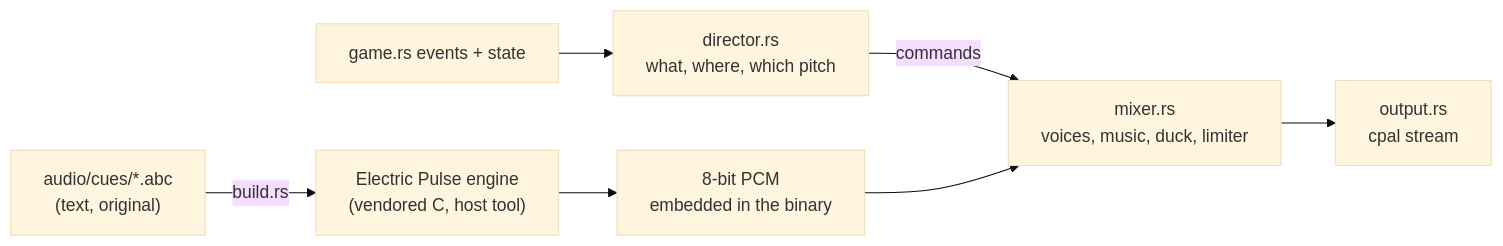
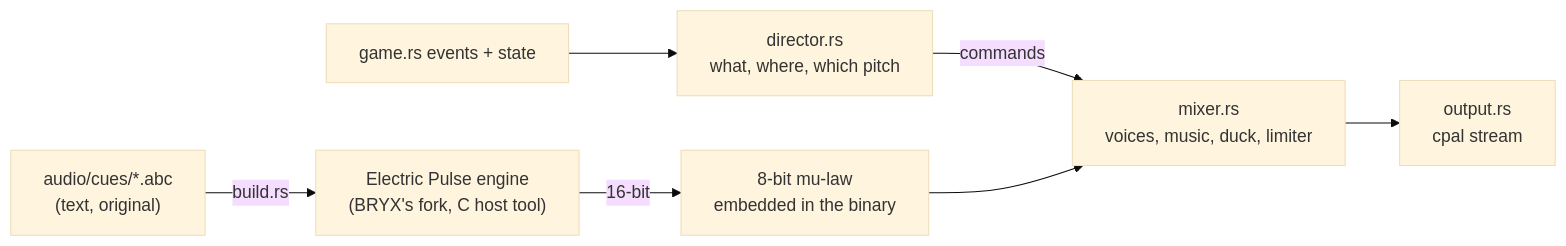
Before and after one commit to chussenot/arkanoid: the diagram in docs/design/audio.md, drawn with Mermaid (base theme). The commit also changed other lines of this file and 60 other files, not shown here.

First line of the commit message:
feat(audio): fork the engine for a 16-bit mix, held notes and real buses

````diff
--- a/docs/design/audio.md
+++ b/docs/design/audio.md
@@ -37,9 +37,9 @@
 ```mermaid
 flowchart LR
-  ABC["audio/cues/*.abc<br/>(text, original)"] -->|build.rs| Tool["Electric Pulse engine<br/>(vendored C, host tool)"]
-  Tool --> PCM["8-bit PCM<br/>embedded in the binary"]
+  ABC["audio/cues/*.abc<br/>(text, original)"] -->|build.rs| Tool["Electric Pulse engine<br/>(BRYX's fork, C host tool)"]
+  Tool -->|16-bit| PCM["8-bit mu-law<br/>embedded in the binary"]
   Game[game.rs events + state] --> Dir["director.rs<br/>what, where, which pitch"]
   Dir -->|commands| Mix["mixer.rs<br/>voices, music, duck, limiter"]
   PCM --> Mix
   Mix --> Out["output.rs<br/>cpal stream"]
 ```
````
